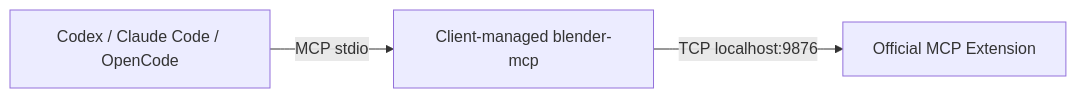
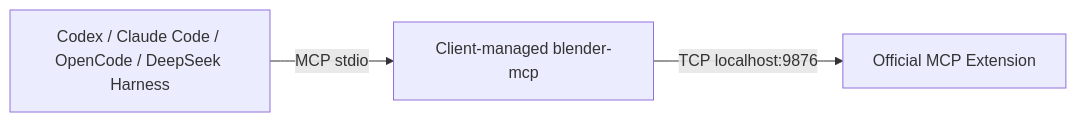
Before and after one commit to psiQAQ/blender_mcp-setup-guide: the diagram in docs/blender_mcp-stdio-setup_en.md, drawn with Mermaid. The commit also changed other lines of this file and 15 other files, not shown here.

Commit message:
docs: document DeepSeek Harness for stdio and refresh runtime diagrams

````diff
--- a/docs/blender_mcp-stdio-setup_en.md
+++ b/docs/blender_mcp-stdio-setup_en.md
@@ -9,5 +9,5 @@
 ```mermaid
 flowchart LR
-    Client[Codex / Claude Code / OpenCode] -->|MCP stdio| Service[Client-managed blender-mcp]
+    Client[Codex / Claude Code / OpenCode / DeepSeek Harness] -->|MCP stdio| Service[Client-managed blender-mcp]
     Service -->|TCP localhost:9876| Blender[Official MCP Extension]
 ```
````
